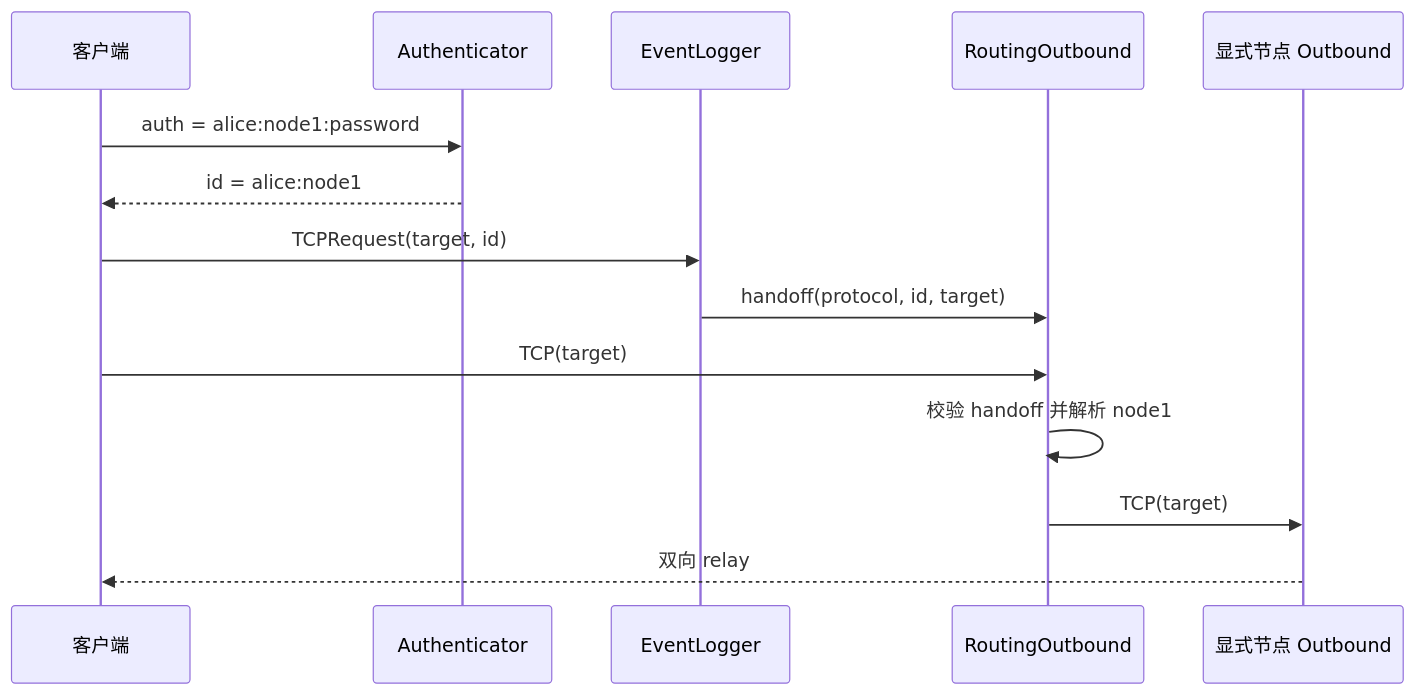
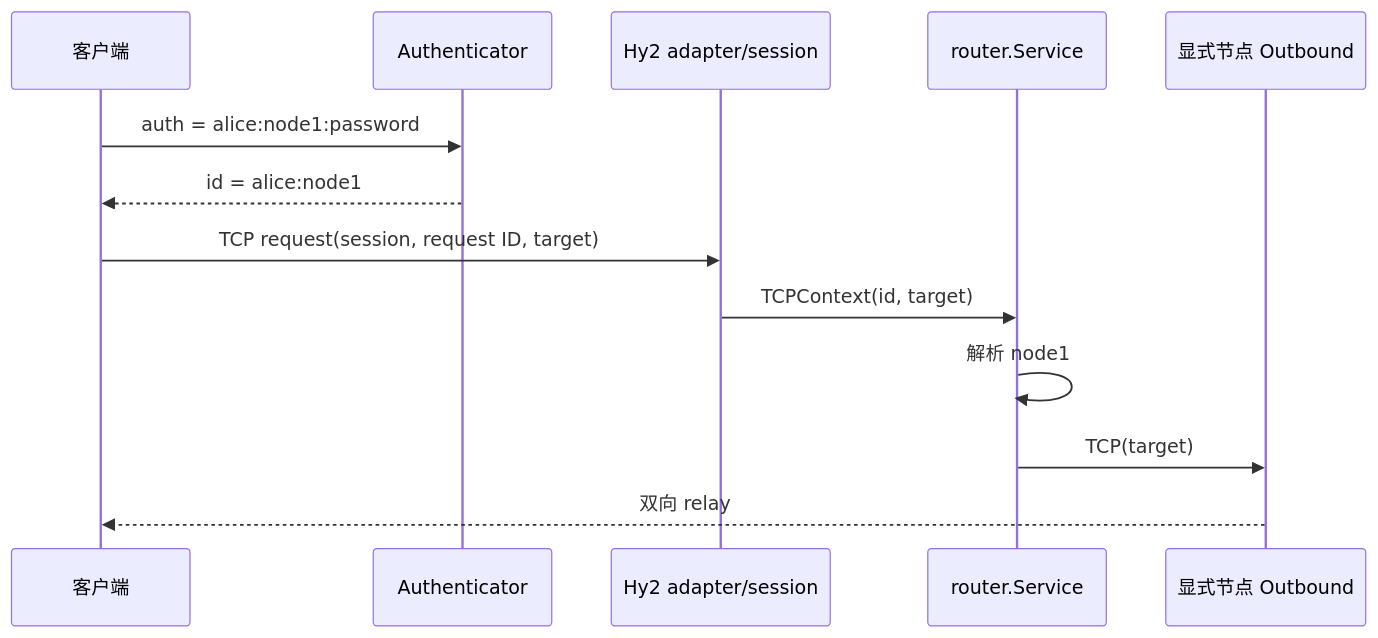
The second of 2 diagrams in docs/ARCHITECTURE.md (clayicarus/proxy-gateway), drawn with Mermaid before and after one commit. The commit also changed other lines of this file and 14 other files, not shown here.

Commit message:
refactor: remove legacy Hy2 event routing handoff

````diff
--- a/docs/ARCHITECTURE.md
+++ b/docs/ARCHITECTURE.md
@@ -79,17 +72,16 @@
 ```mermaid
 sequenceDiagram
     participant C as 客户端
     participant A as Authenticator
-    participant E as EventLogger
-    participant R as RoutingOutbound
+    participant H as Hy2 adapter/session
+    participant R as router.Service
     participant O as 显式节点 Outbound
 
     C->>A: auth = alice:node1:password
     A-->>C: id = alice:node1
-    C->>E: TCPRequest(target, id)
-    E->>R: handoff(protocol, id, target)
-    C->>R: TCP(target)
-    R->>R: 校验 handoff 并解析 node1
+    C->>H: TCP request(session, request ID, target)
+    H->>R: TCPContext(id, target)
+    R->>R: 解析 node1
     R->>O: TCP(target)
     O-->>C: 双向 relay
 ```
````
